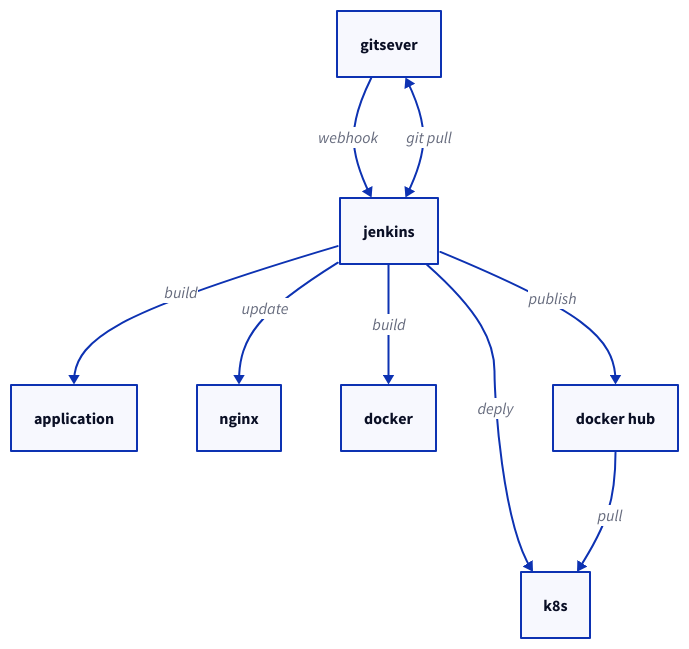
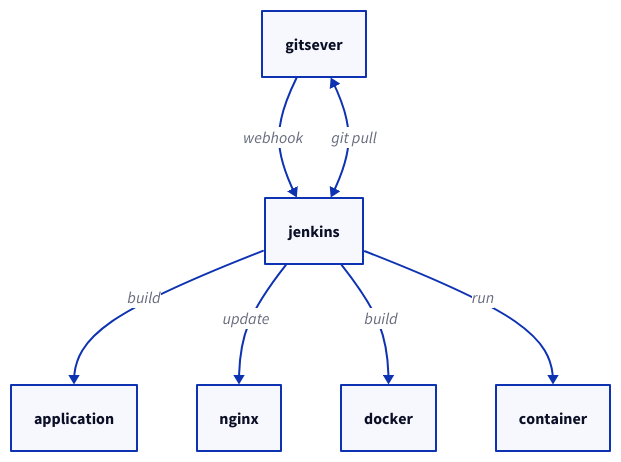
The diagram in diagram.d2 (Crtrpt/jenkins_docker_nginx_example), drawn with D2 before and after one commit. The commit also changed 1 other file, not shown here.

Commit message:
增加一个示意图

```diff
--- a/diagram.d2
+++ b/diagram.d2
@@ -1,8 +1,6 @@
 gitsever->jenkins:"webhook"
 jenkins<->gitsever:"git pull"
 jenkins->"application" :"build"
 jenkins->"nginx":"update"
 jenkins->"docker":"build"
-jenkins->"docker hub":"publish"
-jenkins->k8s:"deply"
-k8s<-"docker hub":"pull"
+jenkins->"container":"run"
```
